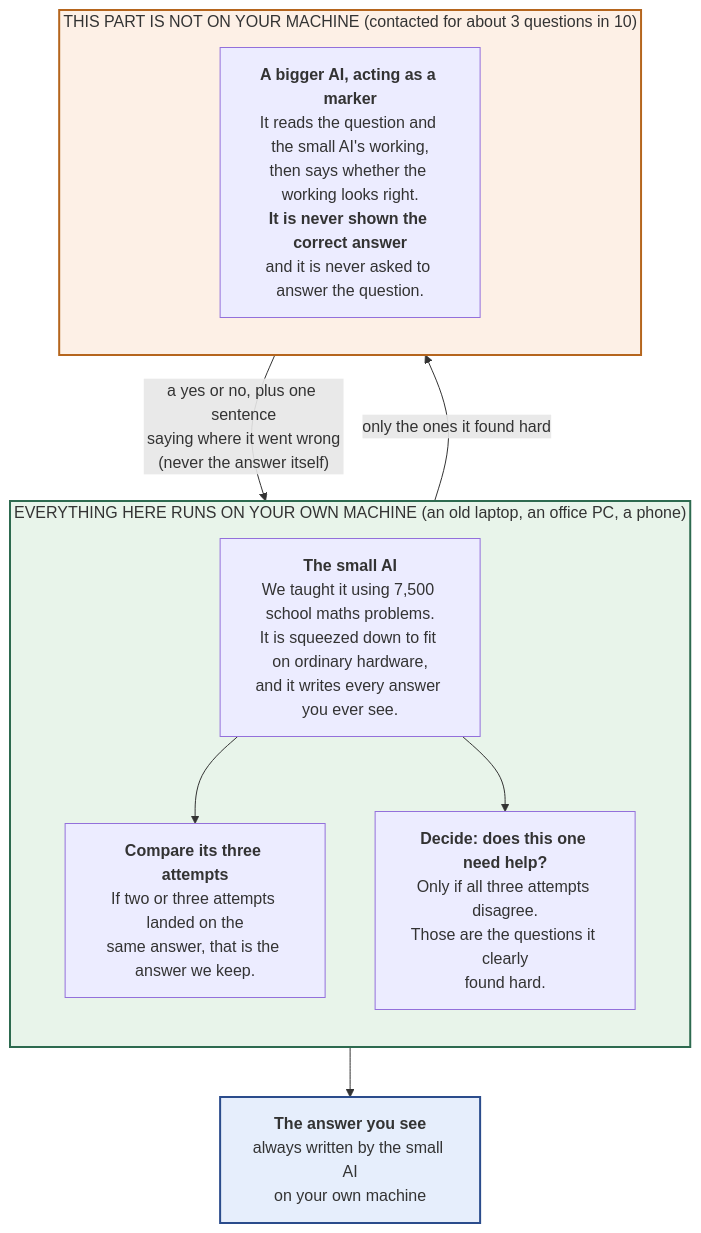
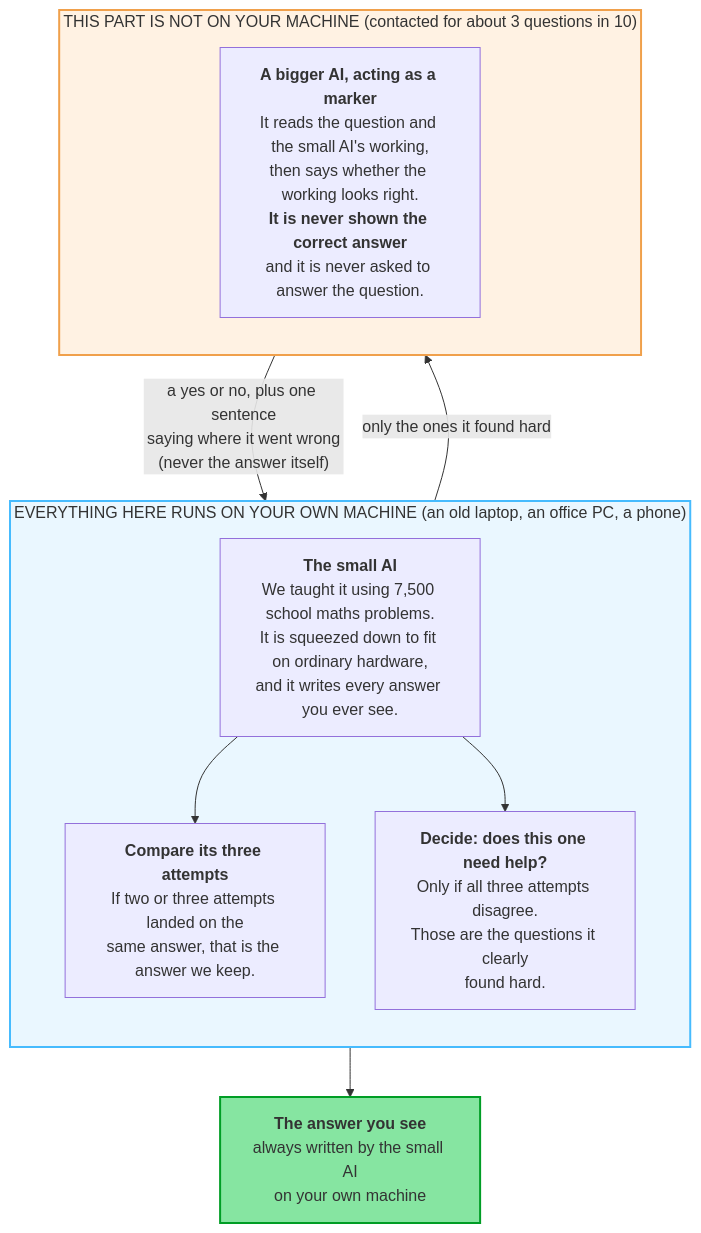
One commit to SaminYeaserKhan/gemma4-finetune changed the first of 6 diagrams in docs/DIAGRAMS.md. Above: the diagram before and after it, drawn with Mermaid. The commit also changed other lines of this file and 143 other files, not shown here.

````diff
--- a/docs/DIAGRAMS.md
+++ b/docs/DIAGRAMS.md
@@ -69,24 +69,24 @@
 ```mermaid
 flowchart TB
     subgraph DEV["EVERYTHING HERE RUNS ON YOUR OWN MACHINE (an old laptop, an office PC, a phone)"]
         direction TB
         SOLVER["<b>The small AI</b><br/>We taught it using 7,500 school maths problems.<br/>It is squeezed down to fit on ordinary hardware,<br/>and it writes every answer you ever see."]
         VOTE["<b>Compare its three attempts</b><br/>If two or three attempts landed on the<br/>same answer, that is the answer we keep."]
         GATE["<b>Decide: does this one need help?</b><br/>Only if all three attempts disagree.<br/>Those are the questions it clearly<br/>found hard."]
         SOLVER --> VOTE
         SOLVER --> GATE
     end
 
     subgraph OFF["THIS PART IS NOT ON YOUR MACHINE (contacted for about 3 questions in 10)"]
         direction TB
         CHECK["<b>A bigger AI, acting as a marker</b><br/>It reads the question and the small AI's working,<br/>then says whether the working looks right.<br/><b>It is never shown the correct answer</b><br/>and it is never asked to answer the question."]
     end
 
     GATE -->|"only the ones it found hard"| CHECK
     CHECK -->|"a yes or no, plus one sentence<br/>saying where it went wrong<br/>(never the answer itself)"| SOLVER
     VOTE --> OUT["<b>The answer you see</b><br/>always written by the small AI<br/>on your own machine"]
 
-    style DEV fill:#e8f4ea,stroke:#2d6a4f,stroke-width:2px
-    style OFF fill:#fdf0e6,stroke:#b5651d,stroke-width:2px
-    style OUT fill:#e6eefc,stroke:#2b4c8c,stroke-width:2px
+    style DEV fill:#eaf7ff,stroke:#46bbfe,stroke-width:2px
+    style OFF fill:#fff2e3,stroke:#f0a04b,stroke-width:2px
+    style OUT fill:#86e5a1,stroke:#009d25,stroke-width:2px
 ```
````
